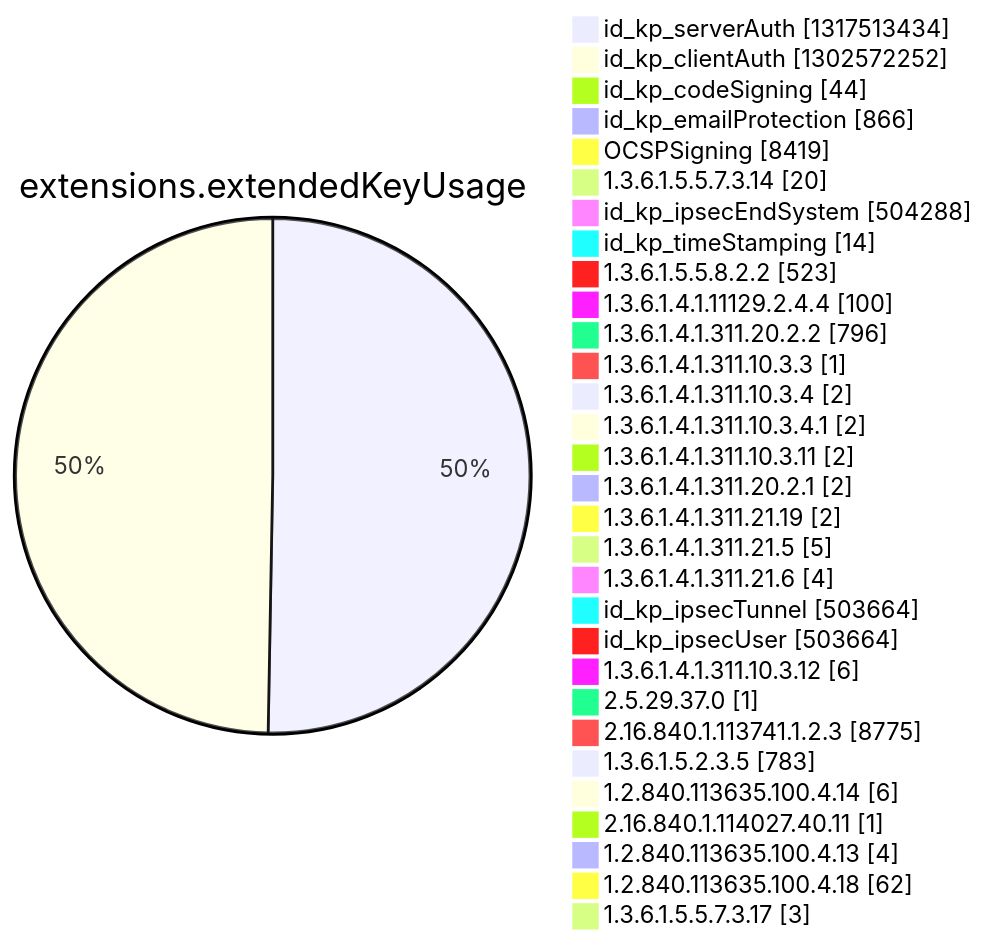
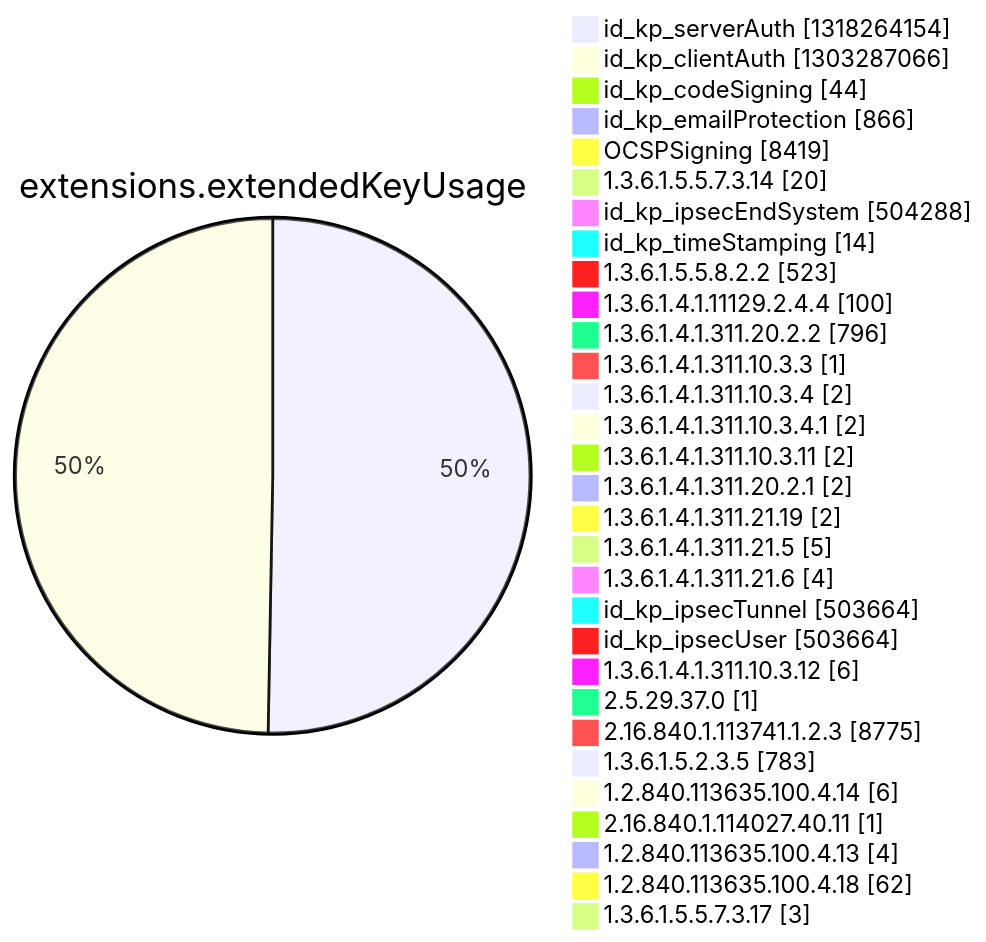
One commit to christiankrug/ctmonitor_visualization changed diagram 12 of 15 in argon2022/README.md. Above: the diagram before and after it, drawn with Mermaid. The commit also changed other lines of this file, not shown here.

````diff
--- a/argon2022/README.md
+++ b/argon2022/README.md
@@ -3552,34 +3552,34 @@
 ```mermaid
 pie showData
 title extensions.extendedKeyUsage
-"id_kp_serverAuth" :1317513434
-"id_kp_clientAuth" :1302572252
+"id_kp_serverAuth" :1318264154
+"id_kp_clientAuth" :1303287066
 "id_kp_codeSigning" :44
 "id_kp_emailProtection" :866
 "OCSPSigning" :8419
 "1.3.6.1.5.5.7.3.14" :20
 "id_kp_ipsecEndSystem" :504288
 "id_kp_timeStamping" :14
 "1.3.6.1.5.5.8.2.2" :523
 "1.3.6.1.4.1.11129.2.4.4" :100
 "1.3.6.1.4.1.311.20.2.2" :796
 "1.3.6.1.4.1.311.10.3.3" :1
 "1.3.6.1.4.1.311.10.3.4" :2
 "1.3.6.1.4.1.311.10.3.4.1" :2
 "1.3.6.1.4.1.311.10.3.11" :2
 "1.3.6.1.4.1.311.20.2.1" :2
 "1.3.6.1.4.1.311.21.19" :2
 "1.3.6.1.4.1.311.21.5" :5
 "1.3.6.1.4.1.311.21.6" :4
 "id_kp_ipsecTunnel" :503664
 "id_kp_ipsecUser" :503664
 "1.3.6.1.4.1.311.10.3.12" :6
 "2.5.29.37.0" :1
 "2.16.840.1.113741.1.2.3" :8775
 "1.3.6.1.5.2.3.5" :783
 "1.2.840.113635.100.4.14" :6
 "2.16.840.1.114027.40.11" :1
 "1.2.840.113635.100.4.13" :4
 "1.2.840.113635.100.4.18" :62
 "1.3.6.1.5.5.7.3.17" :3
 ```
````
